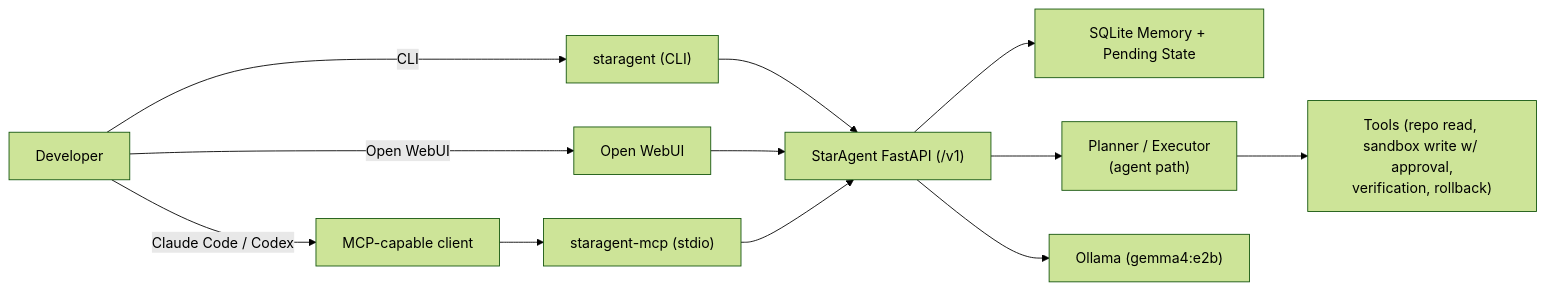
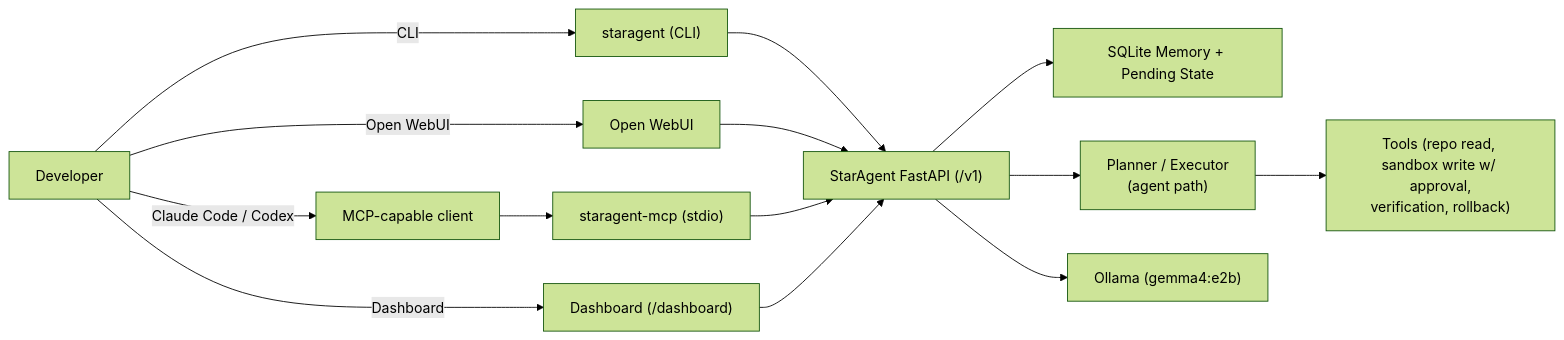
One commit to sallahuddin92/StarAgent changed the first of 2 diagrams in README.md. Above: the diagram before and after it, drawn with Mermaid (forest theme). The commit also changed other lines of this file and 37 other files, not shown here.

````diff
--- a/README.md
+++ b/README.md
@@ -29,16 +31,18 @@
 ```mermaid
 flowchart LR
   U["Developer"] -->|CLI| CLI["staragent (CLI)"]
   U -->|Open WebUI| WEBUI["Open WebUI"]
   U -->|Claude Code / Codex| MCPCLIENT["MCP-capable client"]
+  U -->|Dashboard| DASH["Dashboard (/dashboard)"]
 
   CLI --> API["StarAgent FastAPI (/v1)"]
   WEBUI --> API
   MCPCLIENT --> MCP["staragent-mcp (stdio)"]
   MCP --> API
+  DASH --> API
 
   API --> MEM["SQLite Memory + Pending State"]
   API --> EXEC["Planner / Executor\n(agent path)"]
   EXEC --> TOOLS["Tools (repo read, sandbox write w/ approval,\nverification, rollback)"]
   API --> OLLAMA["Ollama (gemma4:e2b)"]
 ```
````
